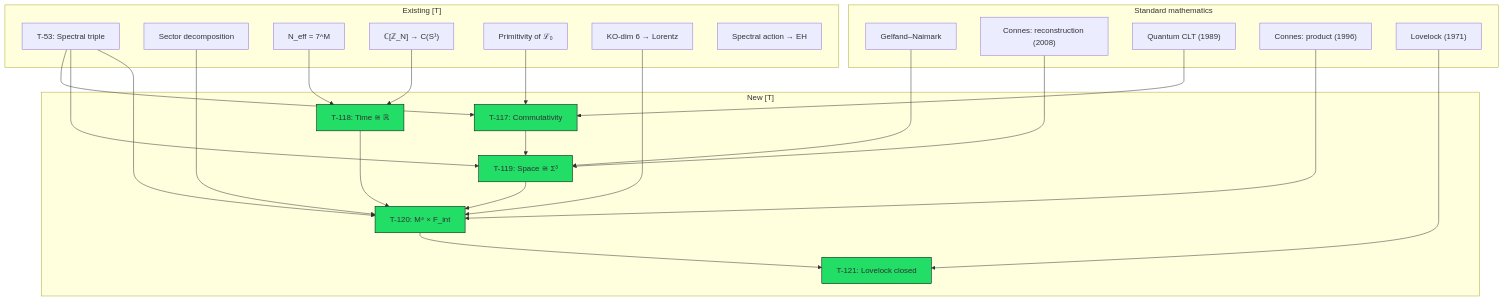
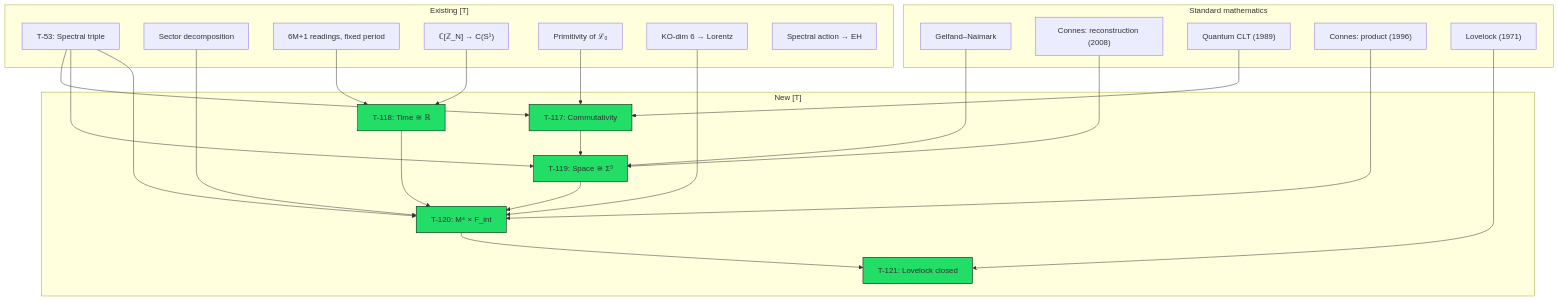
Before and after one commit to gst-st/uhm: the diagram in website/docs/proofs/physics/emergent-manifold.md, drawn with Mermaid. The commit also changed other lines of this file and 38 other files, not shown here.

````diff
--- a/website/docs/proofs/physics/emergent-manifold.md
+++ b/website/docs/proofs/physics/emergent-manifold.md
@@ -533,56 +533,56 @@
 ```mermaid
 graph TD
     subgraph "Existing [Т]"
         T53["T-53: Spectral triple"]
         SEC["Sector decomposition"]
-        NEFF["N_eff = 7^M"]
+        NEFF["6M+1 readings, fixed period"]
         CLIM["ℂ#91;ℤ_N#93; → C#40;S¹#41;"]
         PRIM["Primitivity of ℒ₀"]
         KO["KO-dim 6 → Lorentz"]
         SPEC["Spectral action → EH"]
     end
 
     subgraph "Standard mathematics"
         GN["Gelfand–Naimark"]
         CR["Connes: reconstruction #40;2008#41;"]
         QCLT["Quantum CLT #40;1989#41;"]
         CP["Connes: product #40;1996#41;"]
         LOV["Lovelock #40;1971#41;"]
     end
 
     subgraph "New [Т]"
         T117["T-117: Commutativity"]
         T118["T-118: Time ≅ ℝ"]
         T119["T-119: Space ≅ Σ³"]
         T120["T-120: M⁴ × F_int"]
         T121["T-121: Lovelock closed"]
     end
 
     PRIM --> T117
     QCLT --> T117
     T53 --> T117
 
     NEFF --> T118
     CLIM --> T118
 
     T117 --> T119
     GN --> T119
     CR --> T119
     T53 --> T119
 
     T118 --> T120
     T119 --> T120
     T53 --> T120
     CP --> T120
     SEC --> T120
     KO --> T120
 
     T120 --> T121
     LOV --> T121
 
     style T117 fill:#2d6,stroke:#000
     style T118 fill:#2d6,stroke:#000
     style T119 fill:#2d6,stroke:#000
     style T120 fill:#2d6,stroke:#000
     style T121 fill:#2d6,stroke:#000
 ```
````
